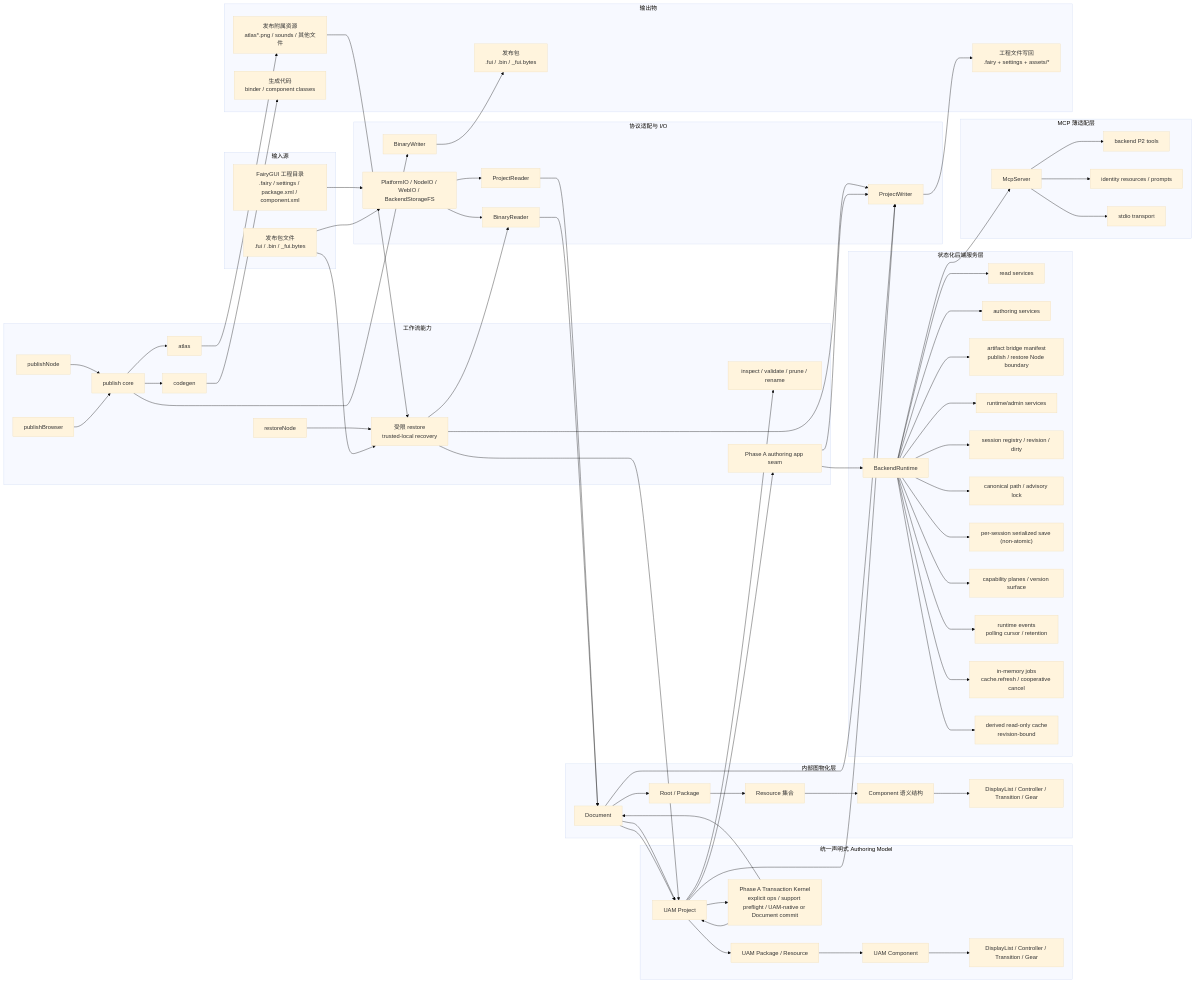
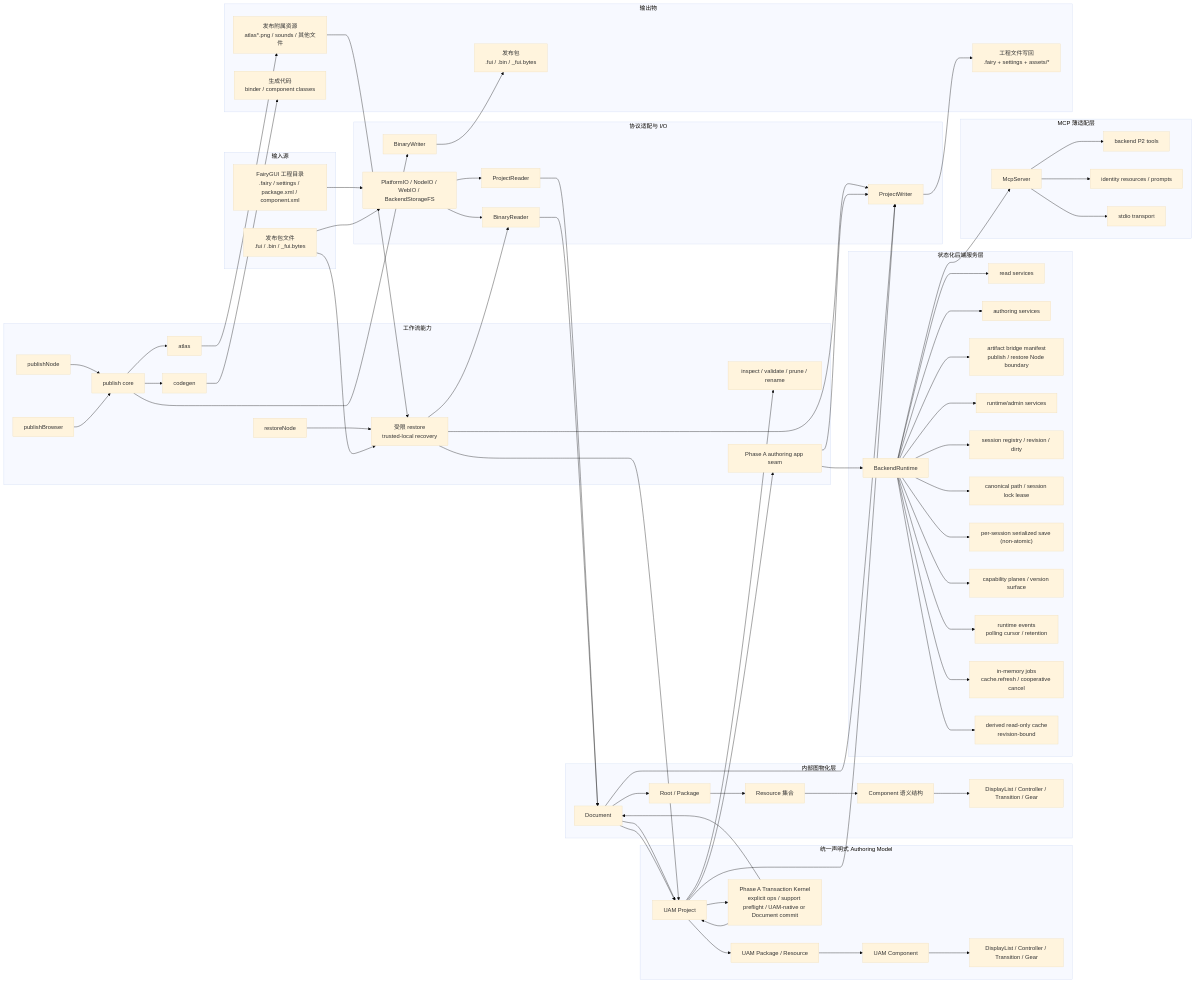
Before and after one commit to OpenFairyGUI/OpenFairyGUI: the first of 2 diagrams in docs/architecture-overview.md, drawn with Mermaid (base theme). The commit also changed other lines of this file and 10 other files, not shown here.

```diff
--- a/docs/architecture-overview.md
+++ b/docs/architecture-overview.md
@@ -62,7 +62,7 @@
         AR["artifact bridge manifest<br/>publish / restore Node boundary"]
         RU["runtime/admin services"]
         SS["session registry / revision / dirty"]
-        LK["canonical path / advisory lock"]
+        LK["canonical path / session lock lease"]
         SV["per-session serialized save (non-atomic)"]
         CAP["capability planes / version surface"]
         EV["runtime events<br/>polling cursor / retention"]
```
